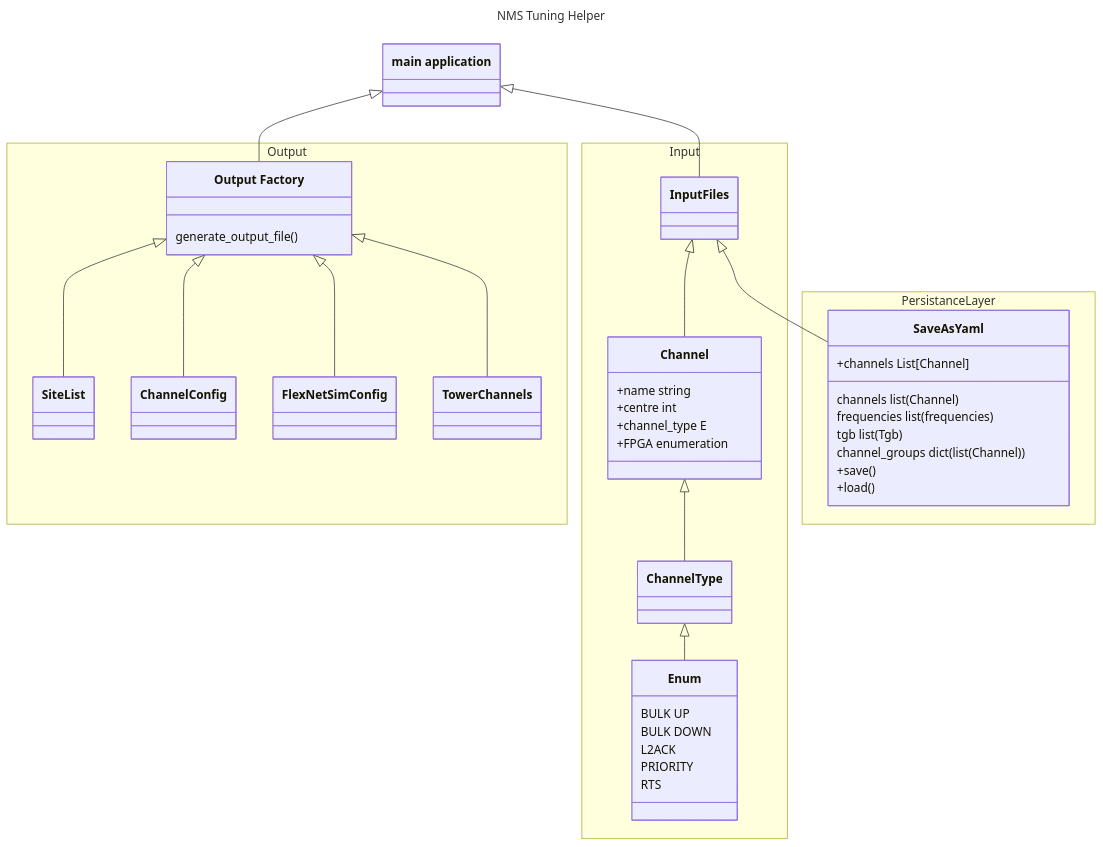
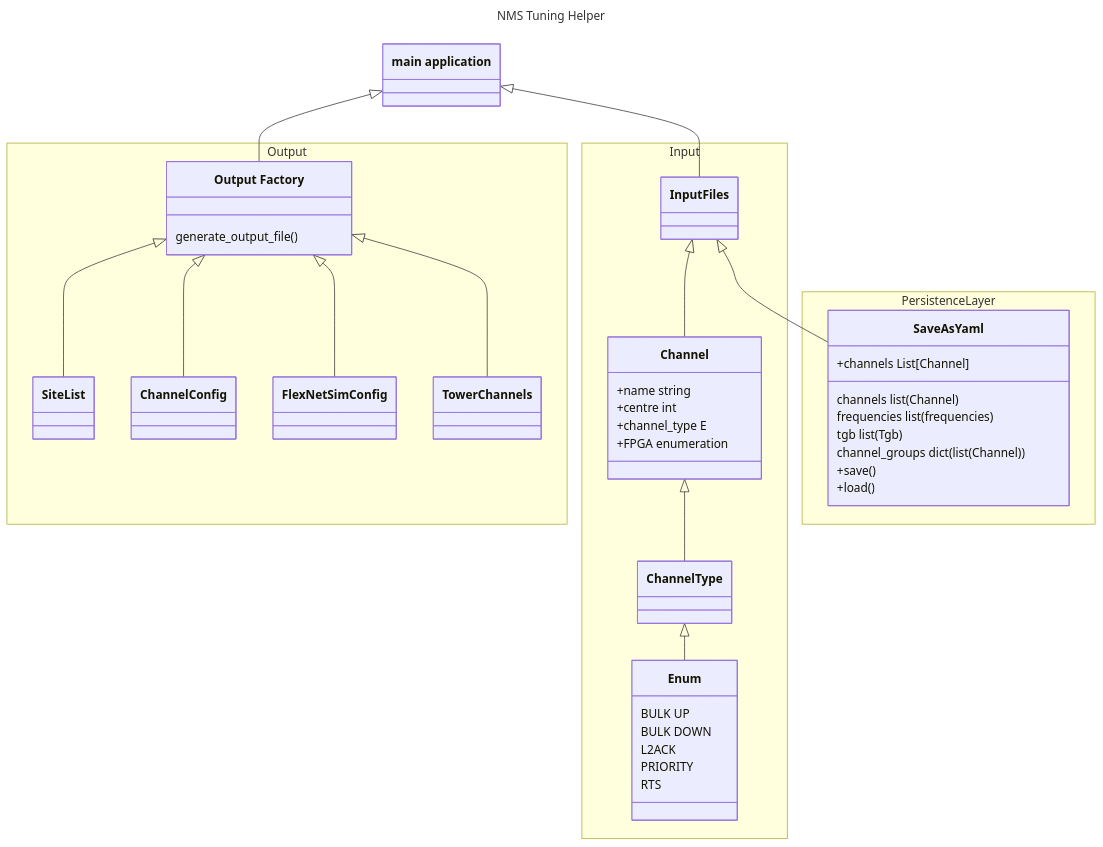
Before and after one commit to mutl3y/channels: the diagram in README.md, drawn with Mermaid. The commit also changed 11 other files, not shown here.

````diff
--- a/README.md
+++ b/README.md
@@ -3,73 +3,73 @@
 ```mermaid
 ---
     title: NMS Tuning Helper
 ---
 classDiagram
     class APP["main application"]
     class OutputFactory["Output Factory"]
     
     APP <|-- OutputFactory
     OutputFactory <|-- SiteList
     OutputFactory <|-- ChannelConfig
     OutputFactory <|-- FlexNetSimConfig
     OutputFactory <|-- TowerChannels
 
     namespace Output{
         class OutputFactory{
             generate_output_file()
         }
         class SiteList{
         }
         class ChannelConfig{
         }
         class FlexNetSimConfig{
         }
         class TowerChannels{
         }
 
     }
     APP <|-- InputFiles
     Channel <|-- ChannelType
     ChannelType <|-- Enum 
     InputFiles <|-- SaveAsYaml
     InputFiles <|-- Channel
     namespace Input{
         class InputFiles{
         }
         class Enum{
         BULK UP 
         BULK DOWN 
         L2ACK
         PRIORITY 
         RTS
     }
         class SaveAsYaml{
             +channels List[Channel]
         }
         class Channel{
             +name string
             +centre int
             +channel_type E
             +FPGA enumeration
             
         }
         class ChannelType{
         }
     }
 
-    namespace PersistanceLayer {
+    namespace PersistenceLayer {
         class SaveAsYaml {
             channels list(Channel)
             frequencies list(frequencies)
             tgb list(Tgb)
             channel_groups dict(list(Channel))
             
             
             +save()
             +load()
 }
             
             
         
     }
 ```
````
